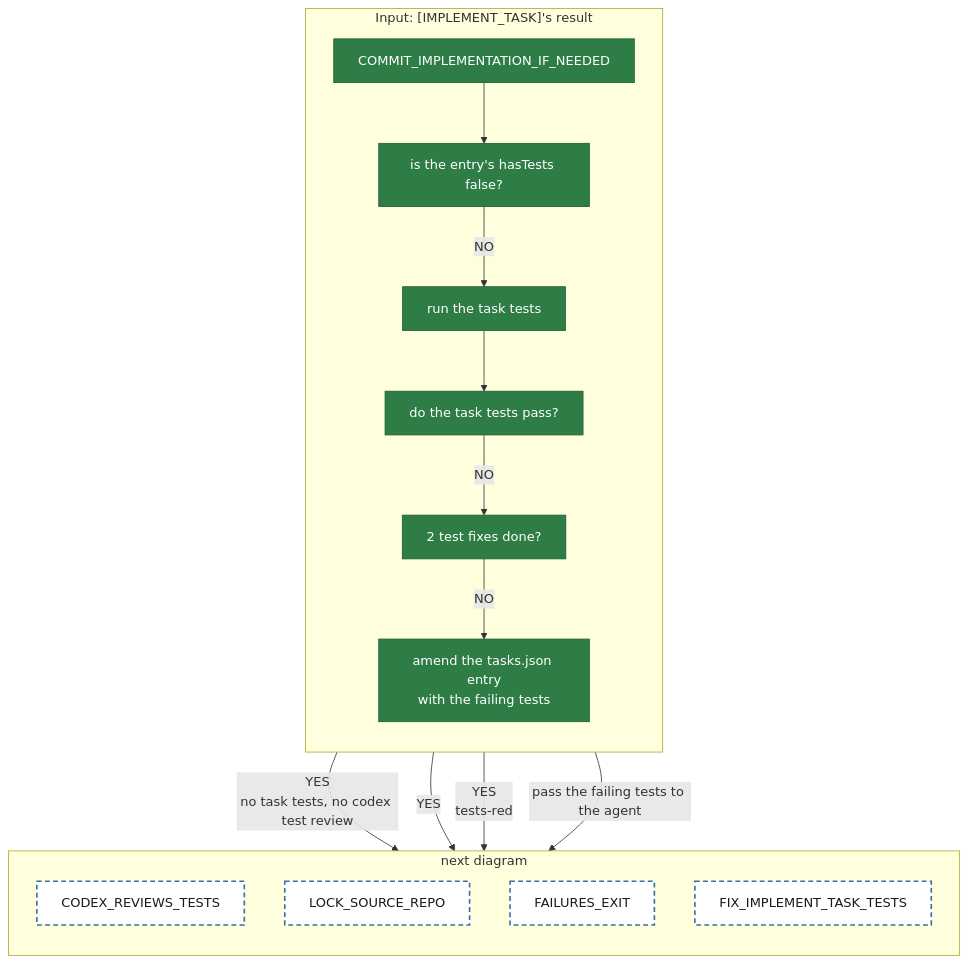
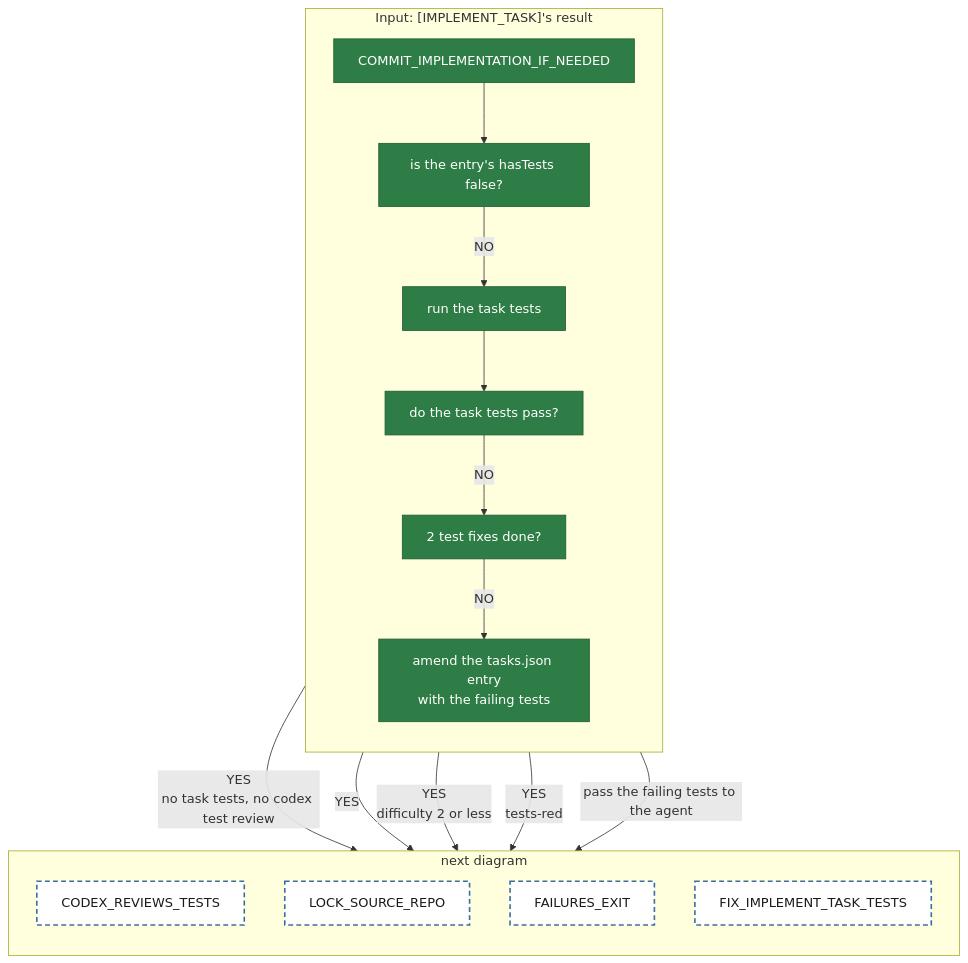
One commit to matkatmusic/taskTools changed the diagram in diagrams/tackle-tasks/pipeline-commitImplementationIfNeeded.mmd. Above: the diagram before and after it, drawn with Mermaid. The commit also changed 8 other files, not shown here.

Commit message:
A task with difficulty 2 or less now skips both codex review loops.

```diff
--- a/diagrams/tackle-tasks/pipeline-commitImplementationIfNeeded.mmd
+++ b/diagrams/tackle-tasks/pipeline-commitImplementationIfNeeded.mmd
@@ -1,38 +1,39 @@
 flowchart TB
 %% One agent() call. /run-step starts at COMMIT_IMPLEMENTATION_IF_NEEDED. Every path ends at an orange block or a dashed block.
 
   subgraph commitImplementationIfNeeded ["Input: [IMPLEMENT_TASK]'s result"]
     direction TB
     COMMIT_IMPLEMENTATION_IF_NEEDED["COMMIT_IMPLEMENTATION_IF_NEEDED"]
     ARE_TASK_TESTS_SKIPPED_Q["is the entry's hasTests false?"]
     RUN_TASK_TESTS["run the task tests"]
     DO_TASK_TESTS_PASS_Q["do the task tests pass?"]
     ARE_2_TEST_FIXES_DONE_Q["2 test fixes done?"]
     AMEND_ENTRY_WITH_FAILING_TESTS["amend the tasks.json entry<br/>with the failing tests"]
   end
   subgraph commitImplementationIfNeededNext ["next diagram"]
     direction TB
     CODEX_REVIEWS_TESTS["CODEX_REVIEWS_TESTS"]
     LOCK_SOURCE_REPO["LOCK_SOURCE_REPO"]
     FAILURES_EXIT["FAILURES_EXIT"]
     FIX_IMPLEMENT_TASK_TESTS["FIX_IMPLEMENT_TASK_TESTS"]
   end
   commitImplementationIfNeeded ~~~ commitImplementationIfNeededNext
 
   COMMIT_IMPLEMENTATION_IF_NEEDED --> ARE_TASK_TESTS_SKIPPED_Q
   ARE_TASK_TESTS_SKIPPED_Q -- "YES<br/>no task tests, no codex test review" --> LOCK_SOURCE_REPO
   ARE_TASK_TESTS_SKIPPED_Q -- "NO" --> RUN_TASK_TESTS
   RUN_TASK_TESTS --> DO_TASK_TESTS_PASS_Q
   DO_TASK_TESTS_PASS_Q -- "YES" --> CODEX_REVIEWS_TESTS
+  DO_TASK_TESTS_PASS_Q -- "YES<br/>difficulty 2 or less" --> LOCK_SOURCE_REPO
   DO_TASK_TESTS_PASS_Q -- "NO" --> ARE_2_TEST_FIXES_DONE_Q
   ARE_2_TEST_FIXES_DONE_Q -- "NO" --> AMEND_ENTRY_WITH_FAILING_TESTS
   ARE_2_TEST_FIXES_DONE_Q -- "YES<br/>tests-red" --> FAILURES_EXIT
   AMEND_ENTRY_WITH_FAILING_TESTS -- "pass the failing tests to the agent" --> FIX_IMPLEMENT_TASK_TESTS
 
   classDef script fill:#2f7d46,stroke:#1e5c31,color:#ffffff
   classDef returns_a_prompt fill:#e07b39,stroke:#a8541f,color:#1a1a1a
   classDef fail fill:red,stroke:#254a70,color:#ffffff
   classDef output fill:#3b6ea5,stroke:#254a70,color:#ffffff
   classDef next_diagram fill:#ffffff,stroke:#3b6ea5,stroke-width:2px,stroke-dasharray:6 4,color:#1a1a1a
   class COMMIT_IMPLEMENTATION_IF_NEEDED,ARE_TASK_TESTS_SKIPPED_Q,RUN_TASK_TESTS,DO_TASK_TESTS_PASS_Q,ARE_2_TEST_FIXES_DONE_Q,AMEND_ENTRY_WITH_FAILING_TESTS script
   class CODEX_REVIEWS_TESTS,LOCK_SOURCE_REPO,FAILURES_EXIT,FIX_IMPLEMENT_TASK_TESTS next_diagram
```
